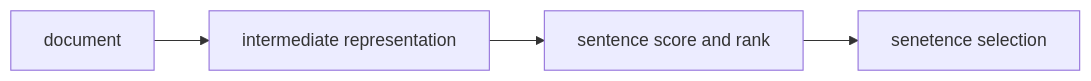
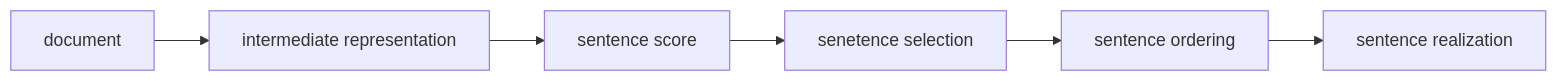
The first of 6 diagrams in Summarization Summary.md (bifeng/nlp_paper_colletion), drawn with Mermaid before and after one commit. The commit also changed other lines of this file, not shown here.

````diff
--- a/Summarization Summary.md
+++ b/Summarization Summary.md
@@ -14,6 +14,8 @@
 ```mermaid
 graph LR
 a[document] --> b[intermediate representation] 
-b --> c[sentence score and rank]
+b --> c[sentence score]
 c --> e[senetence selection]
+e --> f[sentence ordering]
+f --> g[sentence realization]
 ```
````
